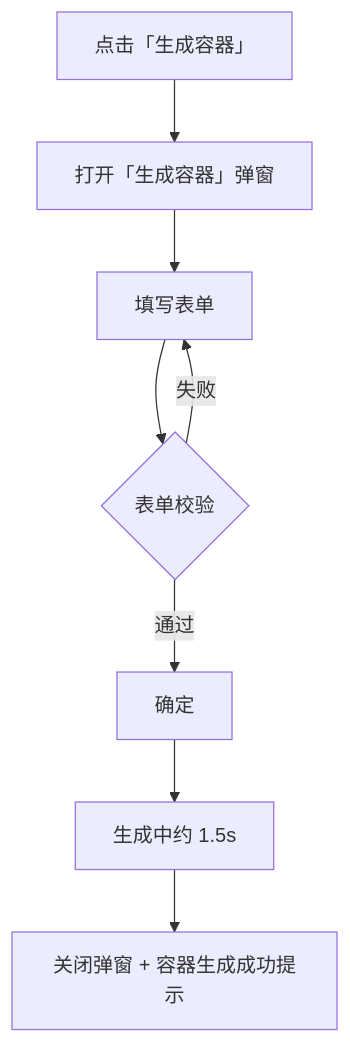
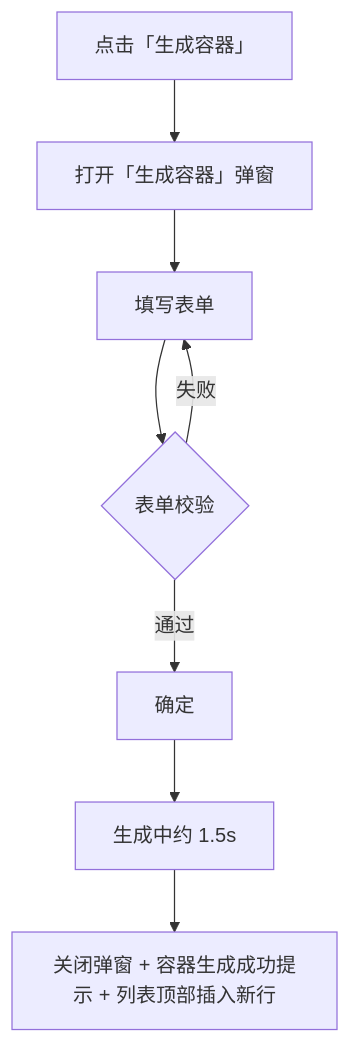
Before and after one commit to Clair-Lin/svs18: the fourth of 6 diagrams in docs/密钥管理-用户操作流程.md, drawn with Mermaid. The commit also changed other lines of this file and 4 other files, not shown here.

````diff
--- a/docs/密钥管理-用户操作流程.md
+++ b/docs/密钥管理-用户操作流程.md
@@ -184,10 +240,10 @@
 ```mermaid
 flowchart TD
   A[点击「生成容器」] --> B[打开「生成容器」弹窗]
   B --> C[填写表单]
   C --> D{表单校验}
   D -->|失败| C
   D -->|通过| E[确定]
   E --> F[生成中约 1.5s]
-  F --> G[关闭弹窗 + 容器生成成功提示]
+  F --> G[关闭弹窗 + 容器生成成功提示 + 列表顶部插入新行]
 ```
````
